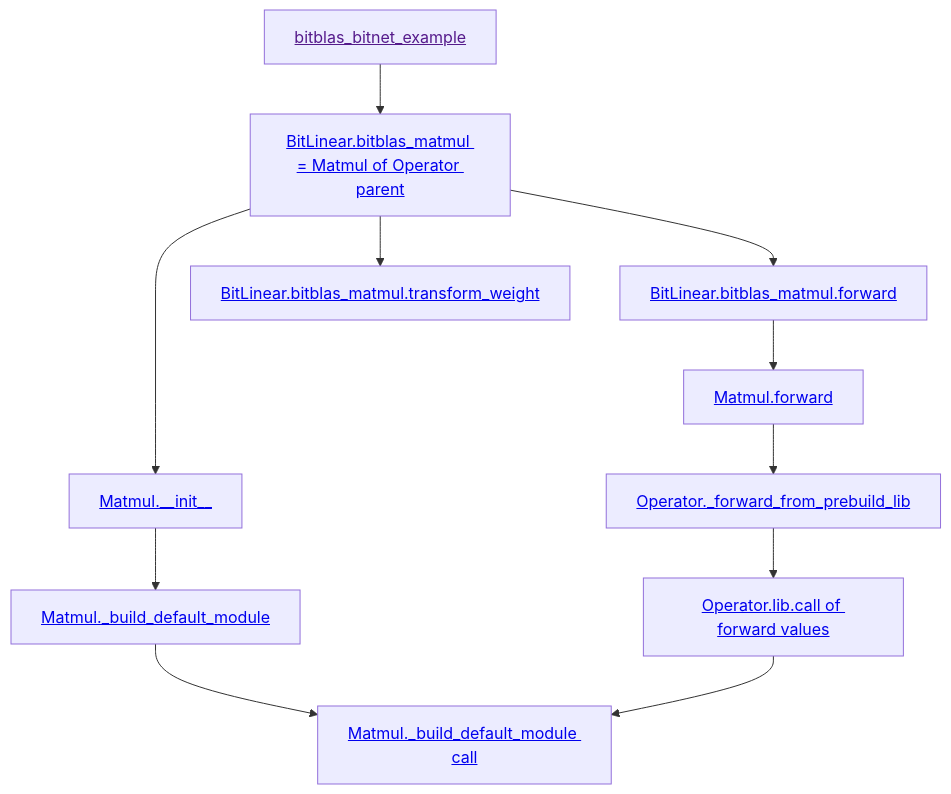
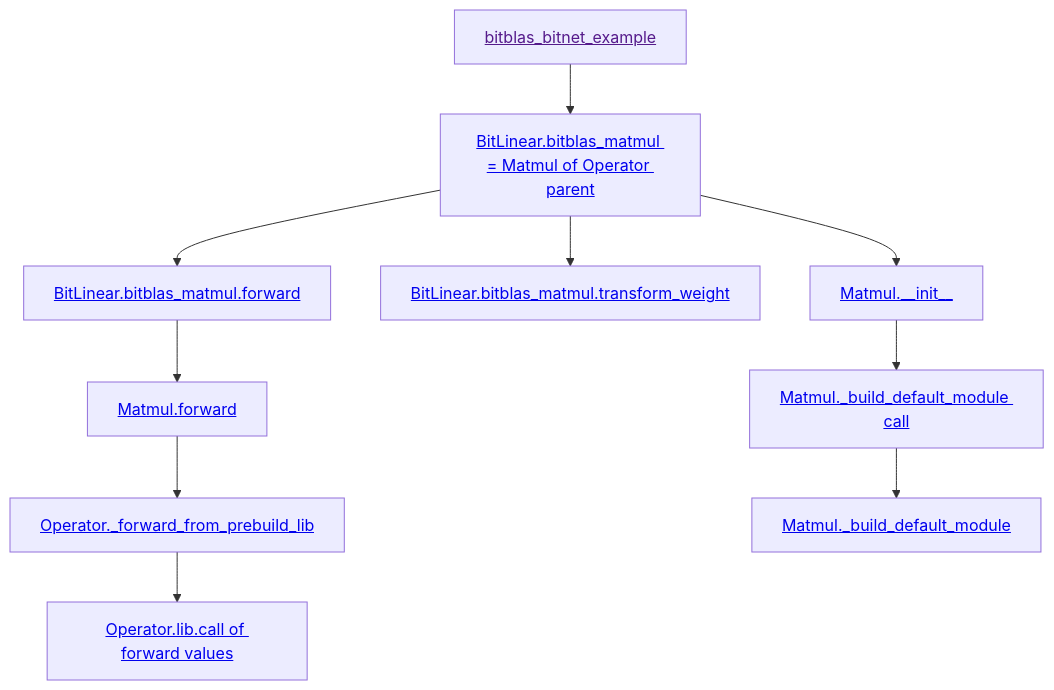
Before and after one commit to w32zhong/BitBLAS: the diagram in README.md, drawn with Mermaid.

````diff
--- a/README.md
+++ b/README.md
@@ -142,20 +142,20 @@
 ```mermaid
 graph TD;
    bitblas_bitnet_example[<a href="">bitblas_bitnet_example</a>]
    bitblas_matmul_init[<a href="https://github.com/w32zhong/BitBLAS/blob/5674b605d07649b2f16810a0fb0b5745ab63203f/integration/BitNet/utils_quant.py#L77">BitLinear.bitblas_matmul = Matmul of Operator parent</a>]
    bitblas_matmul[<a href="https://github.com/w32zhong/BitBLAS/blob/5674b605d07649b2f16810a0fb0b5745ab63203f/integration/BitNet/utils_quant.py#L144">BitLinear.bitblas_matmul.forward</a>]
    transform_weight[<a href="https://github.com/w32zhong/BitBLAS/blob/5674b605d07649b2f16810a0fb0b5745ab63203f/integration/BitNet/utils_quant.py#L92-L93">BitLinear.bitblas_matmul.transform_weight</a>]
    bitblas_bitnet_example --> bitblas_matmul_init
    bitblas_matmul_init --> bitblas_matmul
    bitblas_matmul_init --> transform_weight
 
    matmul_init[<a href="https://github.com/w32zhong/BitBLAS/blob/1f3e28e96d83d984ea8195ac1420cc834c035d18/python/bitblas/ops/general_matmul.py#L209">Matmul.__init__</a>]
    matmul_forward[<a href="https://github.com/w32zhong/BitBLAS/blob/1f3e28e96d83d984ea8195ac1420cc834c035d18/python/bitblas/ops/general_matmul.py#L482">Matmul.forward</a>]
    _forward_from_prebuild_lib[<a href="https://github.com/w32zhong/BitBLAS/blob/1f3e28e96d83d984ea8195ac1420cc834c035d18/python/bitblas/ops/operator.py#L287">Operator._forward_from_prebuild_lib</a>]
    operator_libcall[<a href="https://github.com/w32zhong/BitBLAS/blob/1f3e28e96d83d984ea8195ac1420cc834c035d18/python/bitblas/ops/operator.py#L292">Operator.lib.call of forward values</a>]
    _build_default_module_call[<a href="https://github.com/w32zhong/BitBLAS/blob/efa02a4603a63a35007ad9727d940a7f76097dbb/python/bitblas/ops/general_matmul.py#L251">Matmul._build_default_module call</a>]
    _build_default_module[<a href="https://github.com/w32zhong/BitBLAS/blob/e3695e23f9ccceb60a5957d62632604fa292509e/python/bitblas/ops/general_matmul.py#L353">Matmul._build_default_module</a>]
    bitblas_matmul_init --> matmul_init
-   matmul_init --> _build_default_module -->  _build_default_module_call
-   bitblas_matmul --> matmul_forward --> _forward_from_prebuild_lib --> operator_libcall --> _build_default_module_call
+   matmul_init --> _build_default_module_call --> _build_default_module
+   bitblas_matmul --> matmul_forward --> _forward_from_prebuild_lib --> operator_libcall 
 ```
````
